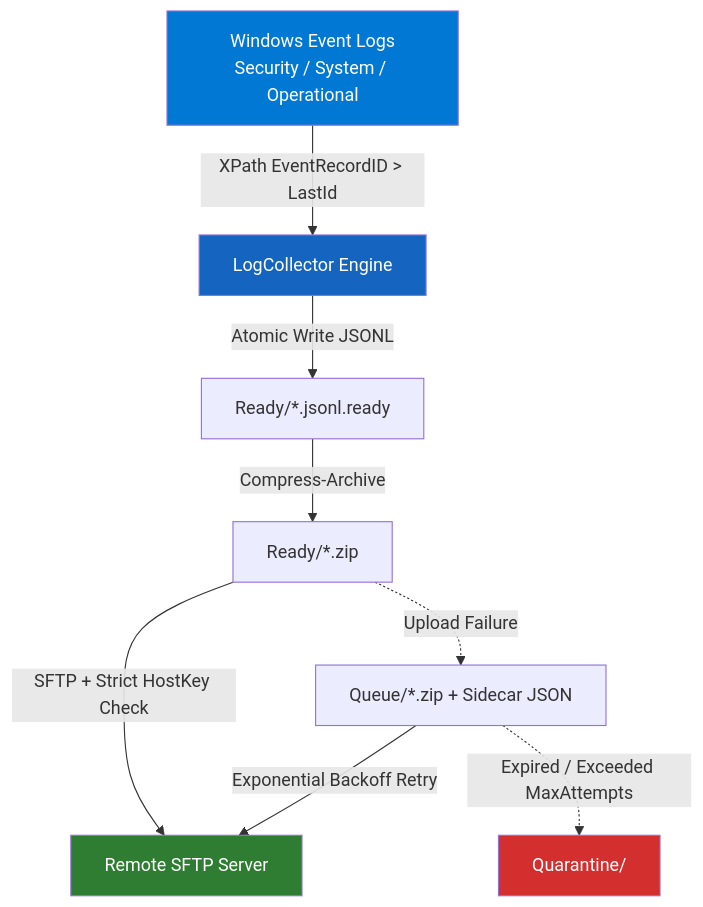
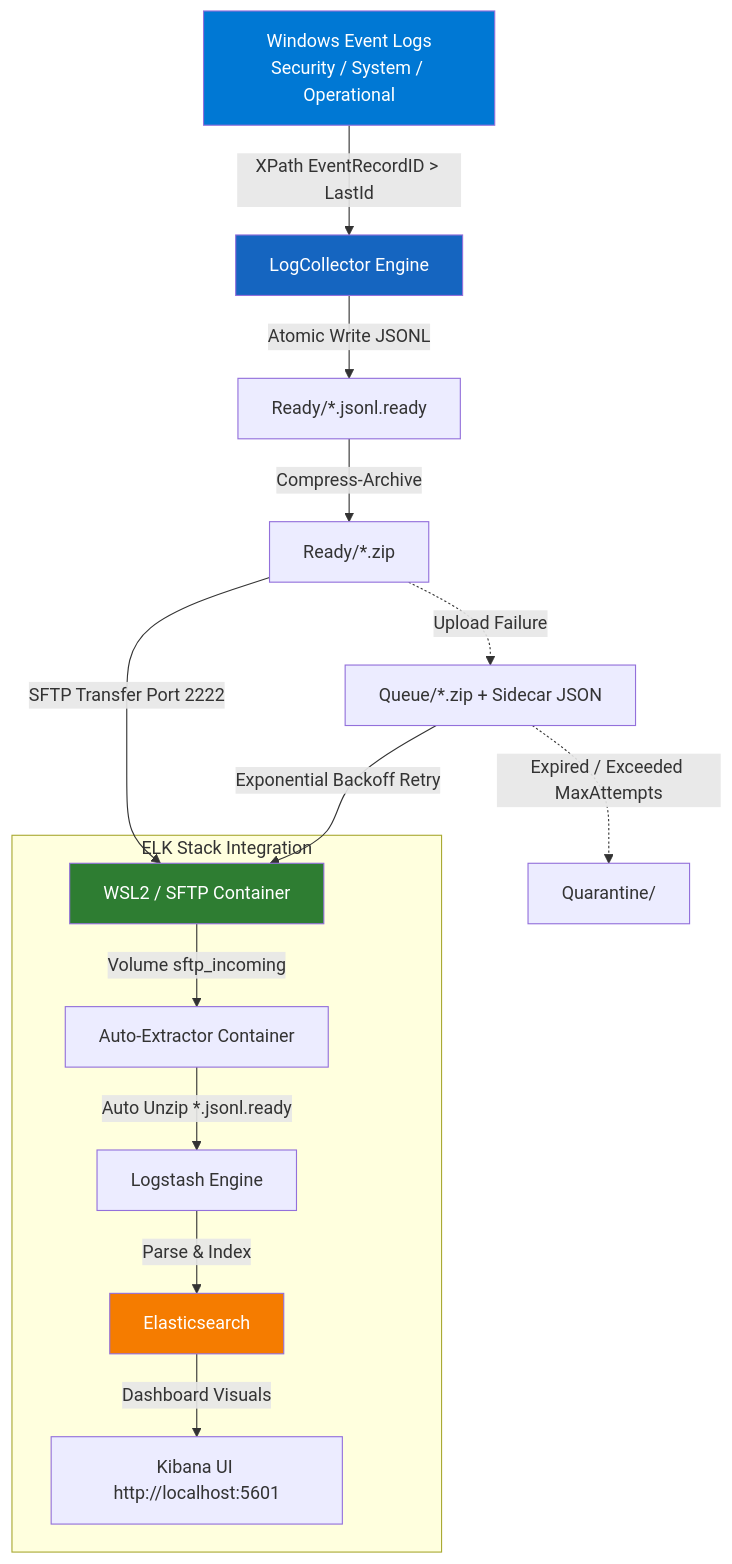
Before and after one commit to pthanhbinh1654/winlogcollector: the diagram in README.md, drawn with Mermaid. The commit also changed other lines of this file and 11 other files, not shown here.

````diff
--- a/README.md
+++ b/README.md
@@ -28,15 +29,22 @@
 ```mermaid
 flowchart TD
     A[Windows Event Logs\nSecurity / System / Operational] -->|XPath EventRecordID > LastId| B[LogCollector Engine]
     B -->|Atomic Write JSONL| C[Ready/*.jsonl.ready]
     C -->|Compress-Archive| D[Ready/*.zip]
-    D -->|SFTP + Strict HostKey Check| E[Remote SFTP Server]
+    D -->|SFTP Transfer Port 2222| E[WSL2 / SFTP Container]
     D -.->|Upload Failure| F[Queue/*.zip + Sidecar JSON]
     F -->|Exponential Backoff Retry| E
     F -.->|Expired / Exceeded MaxAttempts| G[Quarantine/]
 
+    subgraph ELK Stack Integration
+        E -->|Volume sftp_incoming| H[Auto-Extractor Container]
+        H -->|Auto Unzip *.jsonl.ready| I[Logstash Engine]
+        I -->|Parse & Index| J[Elasticsearch]
+        J -->|Dashboard Visuals| K[Kibana UI http://localhost:5601]
+    end
+
     style A fill:#0078D4,color:#fff
     style B fill:#1565c0,color:#fff
     style E fill:#2e7d32,color:#fff
-    style G fill:#d32f2f,color:#fff
+    style J fill:#f57c00,color:#fff
 ```
````
